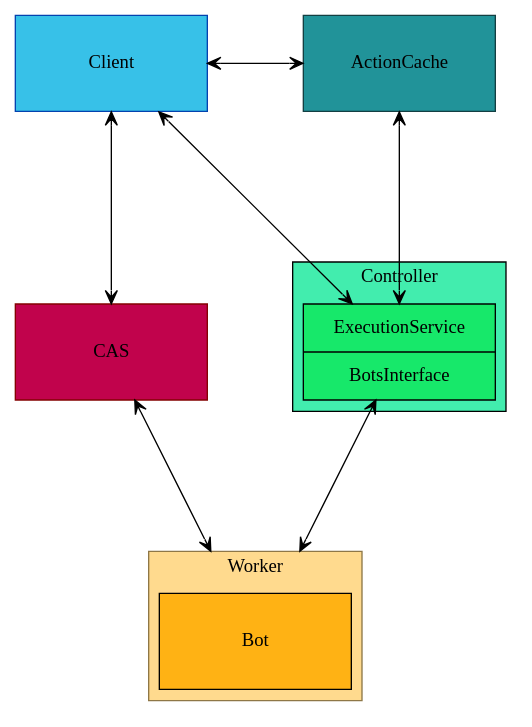
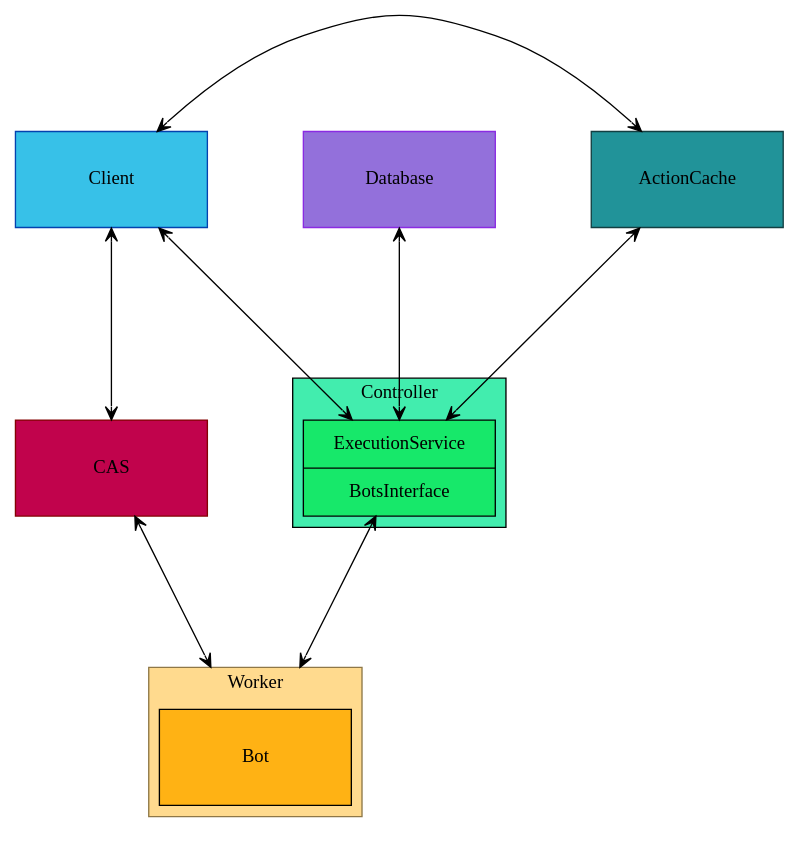
The second of 2 diagrams in docs/source/architecture_overview.rst (henryaj/buildgrid), drawn with Graphviz before and after one commit. The commit also changed other lines of this file, not shown here.

Commit message:
Add Database to Architecture Documentation

```diff
--- a/docs/source/architecture_overview.rst
+++ b/docs/source/architecture_overview.rst
@@ -132,6 +146,12 @@
 		fillcolor="#37c1e8",
 		style=filled,
 		shape=box]
+	
+        database [label = "Database",
+	          color="#8a2be2",
+	          fillcolor="#9370db",
+	          style=filled,
+	          shape=box]
 
 	cas [label="CAS",
 	     color="#840202",
@@ -170,6 +190,9 @@
 	client -> controller [
 	    dir="both"];
 
+	database -> controller [
+	    dir="both"];
+
 	client -> cas [
 	    dir="both",
 	    lhead=cluster_controller];
```
